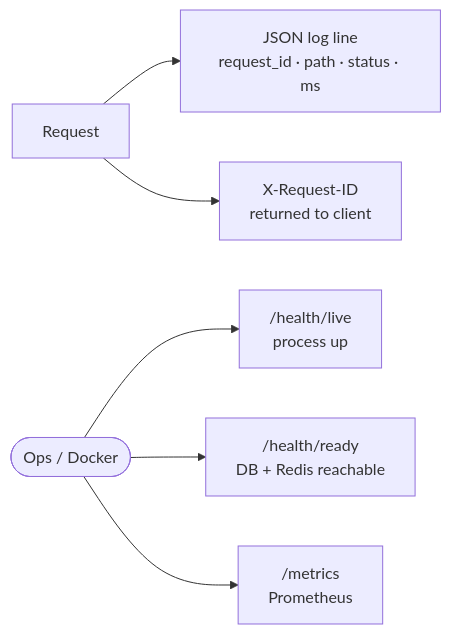
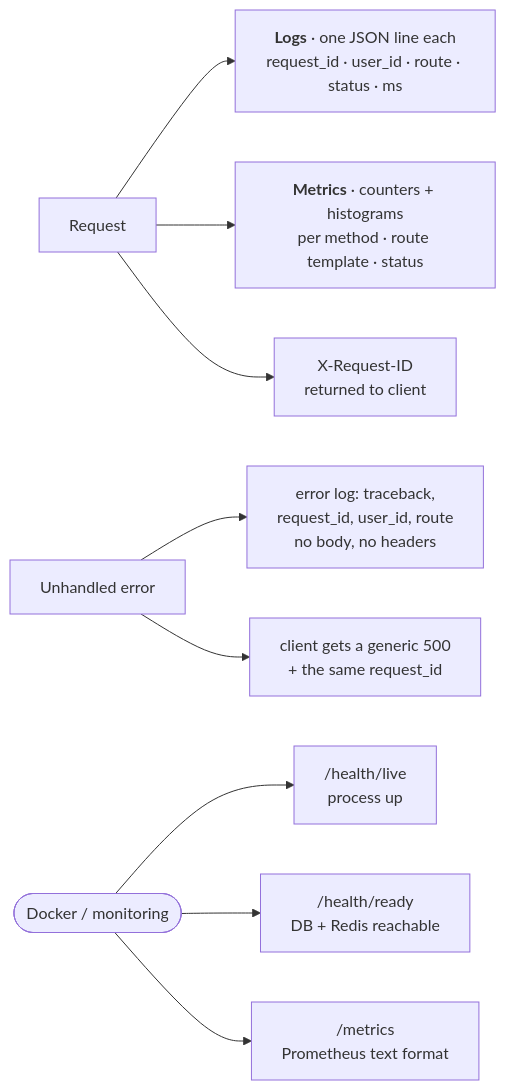
One commit to mr-laboratory/nebula changed diagram 18 of 20 in docs/architecture.md. Above: the diagram before and after it, drawn with Mermaid. The commit also changed other lines of this file and 4 other files, not shown here.

````diff
--- a/docs/architecture.md
+++ b/docs/architecture.md
@@ -321,8 +327,11 @@
 ```mermaid
 flowchart LR
-    RQ[Request] --> LG["JSON log line<br/>request_id · path · status · ms"]
+    RQ[Request] --> LG["<b>Logs</b> · one JSON line each<br/>request_id · user_id · route · status · ms"]
+    RQ --> MX["<b>Metrics</b> · counters + histograms<br/>per method · route template · status"]
     RQ --> HD["X-Request-ID<br/>returned to client"]
-    OPS([Ops / Docker]) --> LV["/health/live<br/>process up"]
+    ERR[Unhandled error] --> LG2["error log: traceback,<br/>request_id, user_id, route<br/>no body, no headers"]
+    ERR --> E5["client gets a generic 500<br/>+ the same request_id"]
+    OPS([Docker / monitoring]) --> LV["/health/live<br/>process up"]
     OPS --> RY["/health/ready<br/>DB + Redis reachable"]
-    OPS --> MT["/metrics<br/>Prometheus"]
+    OPS --> MT["/metrics<br/>Prometheus text format"]
 ```
````
